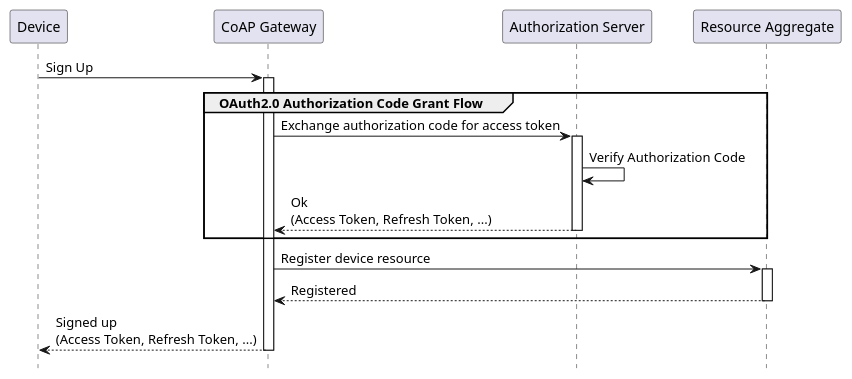
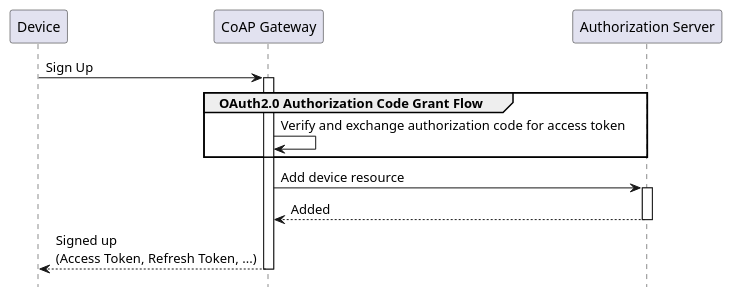
The second of 6 diagrams in content/en/architecture/component-overview.md (plgd-dev/doc), drawn with PlantUML before and after one commit.

Commit message:
component-overview.md: update cloud registration diagram

```diff
--- a/content/en/architecture/component-overview.md
+++ b/content/en/architecture/component-overview.md
@@ -66,22 +66,18 @@
 {{< plantuml id="cloud-registration" >}}
 @startuml Sequence
 skinparam backgroundColor transparent
 hide footbox
 
 participant D as "Device"
 participant CGW as "CoAP Gateway"
 participant AS as "Authorization Server"
-participant RA as "Resource Aggregate"
 
 D -> CGW ++: Sign Up
 group OAuth2.0 Authorization Code Grant Flow
-    CGW -> AS ++: Exchange authorization code for access token
-    AS -> AS: Verify Authorization Code
-    return Ok\n(Access Token, Refresh Token, ...)
+    CGW -> CGW: Verify and exchange authorization code for access token
 end
-CGW -> RA ++: Register device resource
-return Registered
+CGW -> AS ++: Add device resource
+return Added
 return Signed up\n(Access Token, Refresh Token, ...)
-
 @enduml
 {{< /plantuml >}}
```
